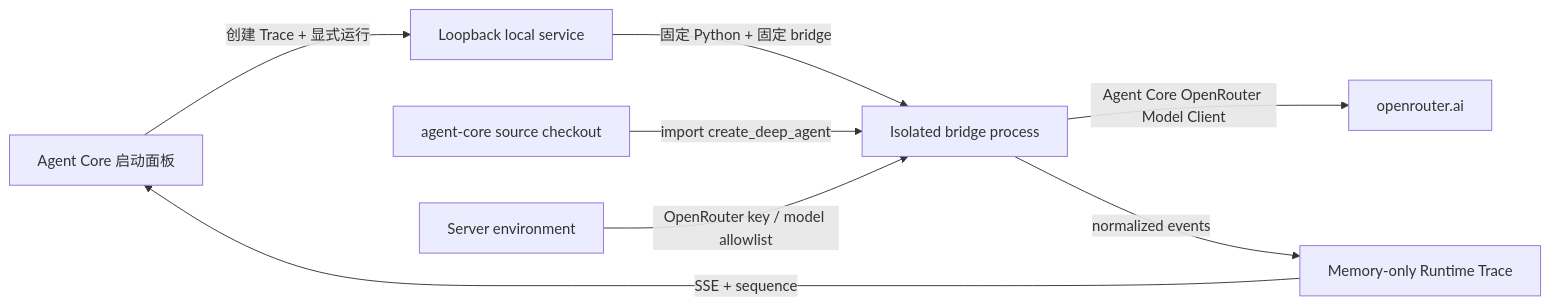
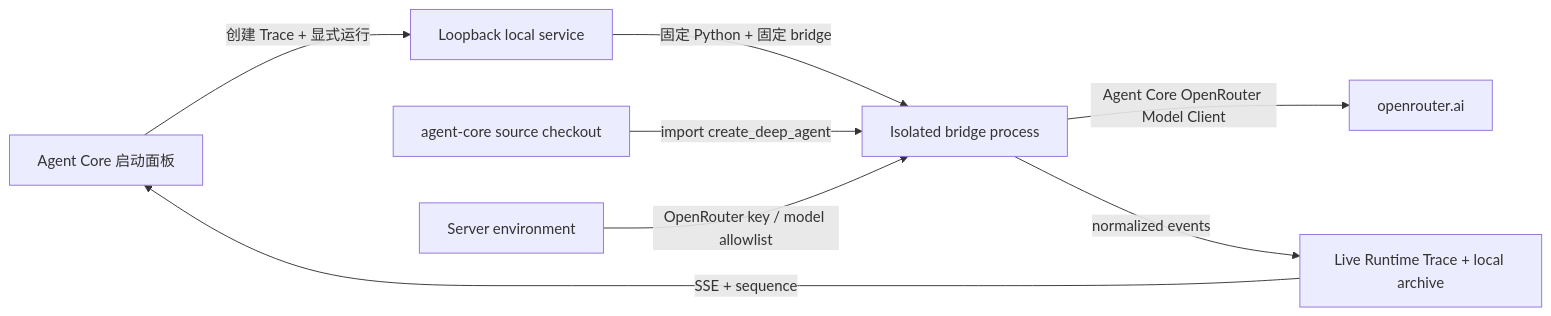
The diagram in docs/agent-core-execution-v1.md (LasVie/OpenJiuwen_Visualization), drawn with Mermaid before and after one commit. The commit also changed other lines of this file and 51 other files, not shown here.

Commit message:
feat: add local trace archive and run comparison

````diff
--- a/docs/agent-core-execution-v1.md
+++ b/docs/agent-core-execution-v1.md
@@ -9,10 +9,10 @@
 ```mermaid
 flowchart LR
   UI["Agent Core 启动面板"] -->|"创建 Trace + 显式运行"| Service["Loopback local service"]
   Service -->|"固定 Python + 固定 bridge"| Bridge["Isolated bridge process"]
   Source["agent-core source checkout"] -->|"import create_deep_agent"| Bridge
   Env["Server environment"] -->|"OpenRouter key / model allowlist"| Bridge
   Bridge -->|"Agent Core OpenRouter Model Client"| OR["openrouter.ai"]
-  Bridge -->|"normalized events"| Trace["Memory-only Runtime Trace"]
+  Bridge -->|"normalized events"| Trace["Live Runtime Trace + local archive"]
   Trace -->|"SSE + sequence"| UI
 ```
````
